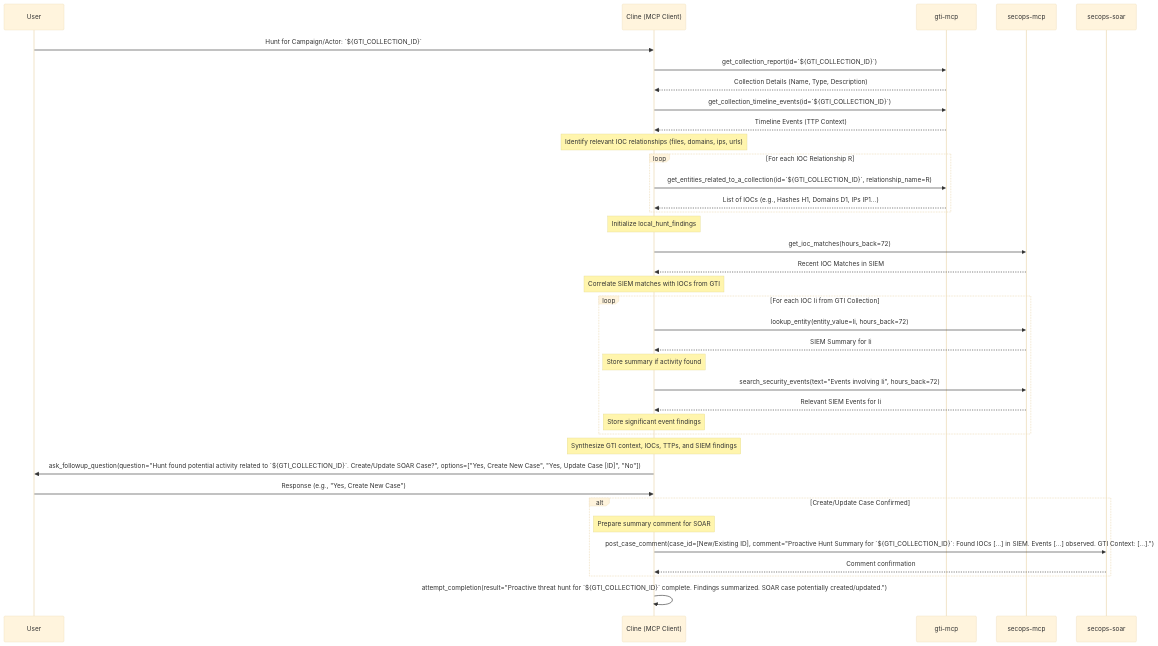
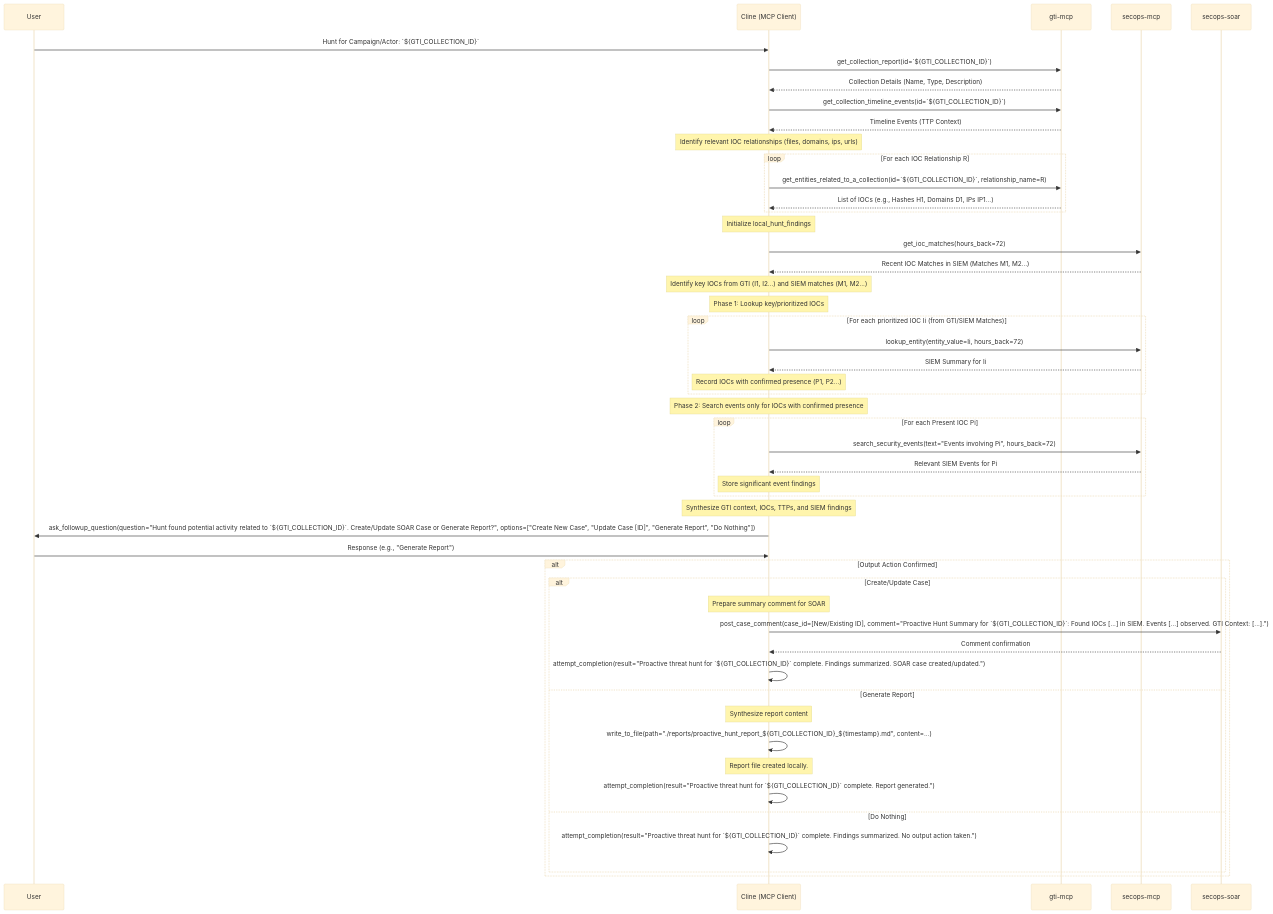
Before and after one commit to google/mcp-security: the eighth of 9 diagrams in WORKFLOWS.md, drawn with Mermaid (base theme). The commit also changed other lines of this file, not shown here.

Commit message:
revise the threat hunting workflow

````diff
--- a/WORKFLOWS.md
+++ b/WORKFLOWS.md
@@ -592,47 +593,60 @@
 ```{mermaid}
 sequenceDiagram
     participant User
     participant Cline as Cline (MCP Client)
     participant GTI as gti-mcp
     participant SIEM as secops-mcp
     participant SOAR as secops-soar
 
     User->>Cline: Hunt for Campaign/Actor: `${GTI_COLLECTION_ID}`
     Cline->>GTI: get_collection_report(id=`${GTI_COLLECTION_ID}`)
     GTI-->>Cline: Collection Details (Name, Type, Description)
     Cline->>GTI: get_collection_timeline_events(id=`${GTI_COLLECTION_ID}`)
     GTI-->>Cline: Timeline Events (TTP Context)
 
     Note over Cline: Identify relevant IOC relationships (files, domains, ips, urls)
     loop For each IOC Relationship R
         Cline->>GTI: get_entities_related_to_a_collection(id=`${GTI_COLLECTION_ID}`, relationship_name=R)
         GTI-->>Cline: List of IOCs (e.g., Hashes H1, Domains D1, IPs IP1...)
     end
 
     Note over Cline: Initialize local_hunt_findings
     Cline->>SIEM: get_ioc_matches(hours_back=72)
-    SIEM-->>Cline: Recent IOC Matches in SIEM
-    Note over Cline: Correlate SIEM matches with IOCs from GTI
+    SIEM-->>Cline: Recent IOC Matches in SIEM (Matches M1, M2...)
+    Note over Cline: Identify key IOCs from GTI (I1, I2...) and SIEM matches (M1, M2...)
 
-    loop For each IOC Ii from GTI Collection
+    Note over Cline: Phase 1: Lookup key/prioritized IOCs
+    loop For each prioritized IOC Ii (from GTI/SIEM Matches)
         Cline->>SIEM: lookup_entity(entity_value=Ii, hours_back=72)
         SIEM-->>Cline: SIEM Summary for Ii
-        Note over Cline: Store summary if activity found
-        Cline->>SIEM: search_security_events(text="Events involving Ii", hours_back=72)
-        SIEM-->>Cline: Relevant SIEM Events for Ii
+        Note over Cline: Record IOCs with confirmed presence (P1, P2...)
+    end
+
+    Note over Cline: Phase 2: Search events only for IOCs with confirmed presence
+    loop For each Present IOC Pi
+        Cline->>SIEM: search_security_events(text="Events involving Pi", hours_back=72)
+        SIEM-->>Cline: Relevant SIEM Events for Pi
         Note over Cline: Store significant event findings
     end
 
     Note over Cline: Synthesize GTI context, IOCs, TTPs, and SIEM findings
-    Cline->>User: ask_followup_question(question="Hunt found potential activity related to `${GTI_COLLECTION_ID}`. Create/Update SOAR Case?", options=["Yes, Create New Case", "Yes, Update Case [ID]", "No"])
-    User->>Cline: Response (e.g., "Yes, Create New Case")
+    Cline->>User: ask_followup_question(question="Hunt found potential activity related to `${GTI_COLLECTION_ID}`. Create/Update SOAR Case or Generate Report?", options=["Create New Case", "Update Case [ID]", "Generate Report", "Do Nothing"])
+    User->>Cline: Response (e.g., "Generate Report")
 
-    alt Create/Update Case Confirmed
-        Note over Cline: Prepare summary comment for SOAR
-        Cline->>SOAR: post_case_comment(case_id=[New/Existing ID], comment="Proactive Hunt Summary for `${GTI_COLLECTION_ID}`: Found IOCs [...] in SIEM. Events [...] observed. GTI Context: [...].")
-        SOAR-->>Cline: Comment confirmation
+    alt Output Action Confirmed
+        alt Create/Update Case
+            Note over Cline: Prepare summary comment for SOAR
+            Cline->>SOAR: post_case_comment(case_id=[New/Existing ID], comment="Proactive Hunt Summary for `${GTI_COLLECTION_ID}`: Found IOCs [...] in SIEM. Events [...] observed. GTI Context: [...].")
+            SOAR-->>Cline: Comment confirmation
+            Cline->>Cline: attempt_completion(result="Proactive threat hunt for `${GTI_COLLECTION_ID}` complete. Findings summarized. SOAR case created/updated.")
+        else Generate Report
+            Note over Cline: Synthesize report content
+            Cline->>Cline: write_to_file(path="./reports/proactive_hunt_report_${GTI_COLLECTION_ID}_${timestamp}.md", content=...)
+            Note over Cline: Report file created locally.
+            Cline->>Cline: attempt_completion(result="Proactive threat hunt for `${GTI_COLLECTION_ID}` complete. Report generated.")
+        else Do Nothing
+             Cline->>Cline: attempt_completion(result="Proactive threat hunt for `${GTI_COLLECTION_ID}` complete. Findings summarized. No output action taken.")
+        end
     end
 
-    Cline->>Cline: attempt_completion(result="Proactive threat hunt for `${GTI_COLLECTION_ID}` complete. Findings summarized. SOAR case potentially created/updated.")
-
 ```
````
